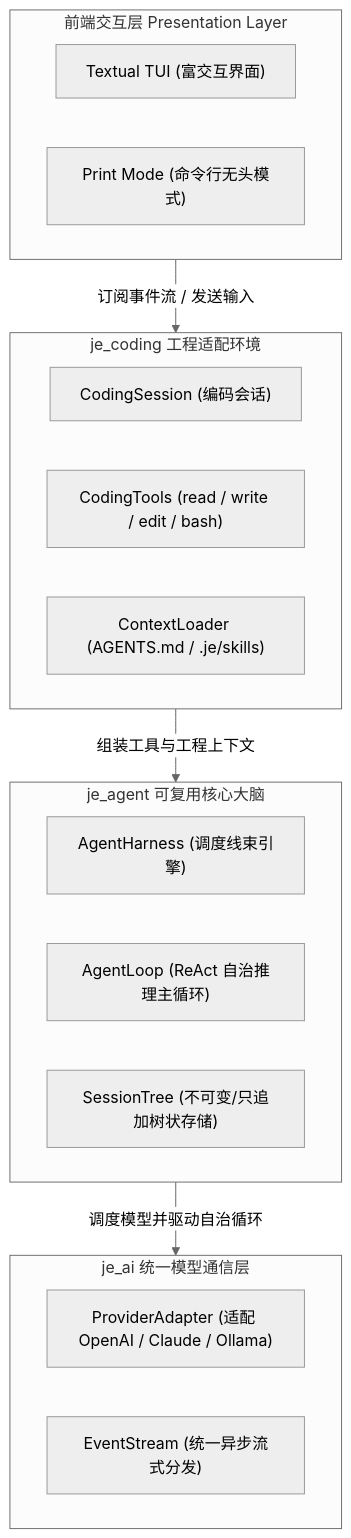
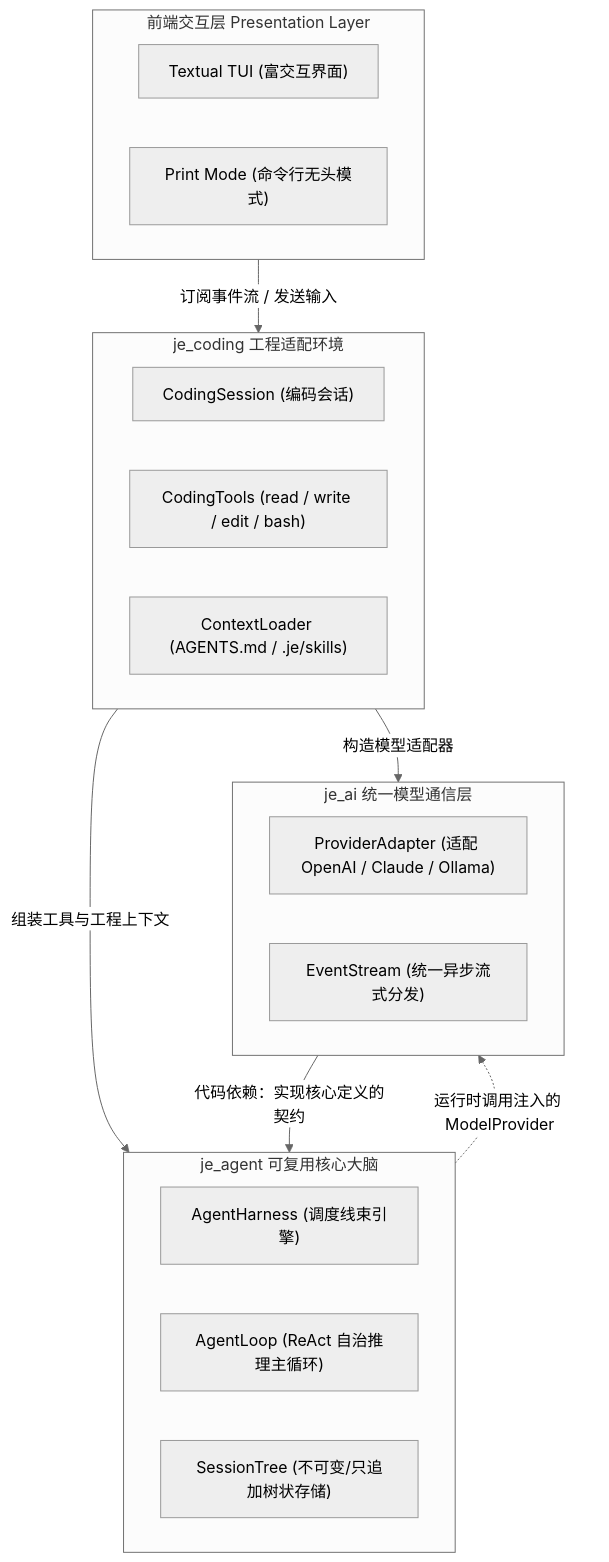
The diagram in README.md (JeffreyLei03/JE), drawn with Mermaid (neutral theme) before and after one commit. The commit also changed other lines of this file and 100 other files, not shown here.

````diff
--- a/README.md
+++ b/README.md
@@ -17,28 +17,30 @@
 ```mermaid
 flowchart TD
     subgraph UI[前端交互层 Presentation Layer]
         TUI["Textual TUI (富交互界面)"]
         CLI["Print Mode (命令行无头模式)"]
     end
 
     subgraph Coding[je_coding 工程适配环境]
         Session["CodingSession (编码会话)"]
         Tools["CodingTools (read / write / edit / bash)"]
         Context["ContextLoader (AGENTS.md / .je/skills)"]
     end
 
     subgraph Core[je_agent 可复用核心大脑]
         Harness["AgentHarness (调度线束引擎)"]
         Loop["AgentLoop (ReAct 自治推理主循环)"]
         Tree["SessionTree (不可变/只追加树状存储)"]
     end
 
     subgraph AI[je_ai 统一模型通信层]
         Provider["ProviderAdapter (适配 OpenAI / Claude / Ollama)"]
         Stream["EventStream (统一异步流式分发)"]
     end
 
     UI -->|订阅事件流 / 发送输入| Coding
     Coding -->|组装工具与工程上下文| Core
-    Core -->|调度模型并驱动自治循环| AI
+    Core -.->|运行时调用注入的 ModelProvider| AI
+    AI -->|代码依赖：实现核心定义的契约| Core
+    Coding -->|构造模型适配器| AI
 ```
````
